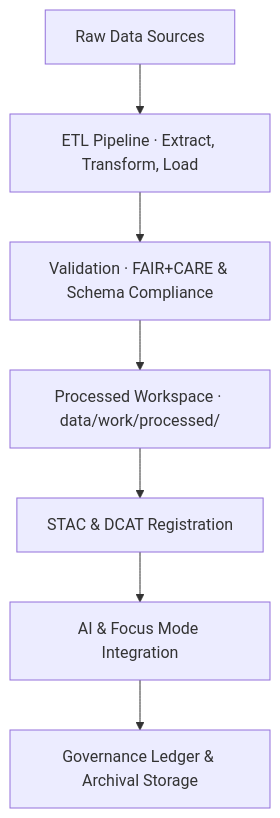
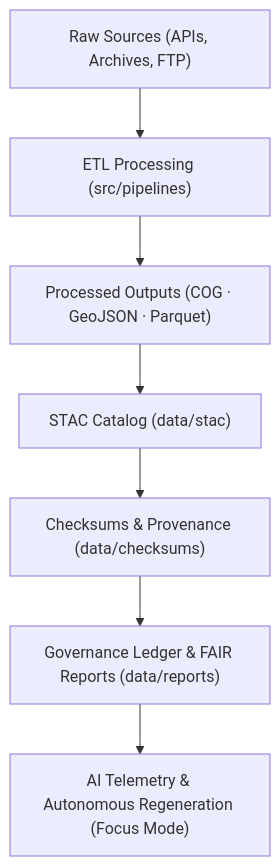
One commit to bartytime4life/Kansas-Frontier-Matrix changed the diagram in data/README.md. Above: the diagram before and after it, drawn with Mermaid. The commit also changed other lines of this file, not shown here.

First line of the commit message:
Revise README for Kansas Frontier Matrix data governance

````diff
--- a/data/README.md
+++ b/data/README.md
@@ -110,9 +84,9 @@
 ```mermaid
 flowchart TD
-    A["Raw Data Sources"] --> B["ETL Pipeline · Extract, Transform, Load"]
-    B --> C["Validation · FAIR+CARE & Schema Compliance"]
-    C --> D["Processed Workspace · data/work/processed/"]
-    D --> E["STAC & DCAT Registration"]
-    E --> F["AI & Focus Mode Integration"]
-    F --> G["Governance Ledger & Archival Storage"]
+    A["Raw Sources (APIs, Archives, FTP)"] --> B["ETL Processing (src/pipelines)"]
+    B --> C["Processed Outputs (COG · GeoJSON · Parquet)"]
+    C --> D["STAC Catalog (data/stac)"]
+    D --> E["Checksums & Provenance (data/checksums)"]
+    E --> F["Governance Ledger & FAIR Reports (data/reports)"]
+    F --> G["AI Telemetry & Autonomous Regeneration (Focus Mode)"]
 ```
````
